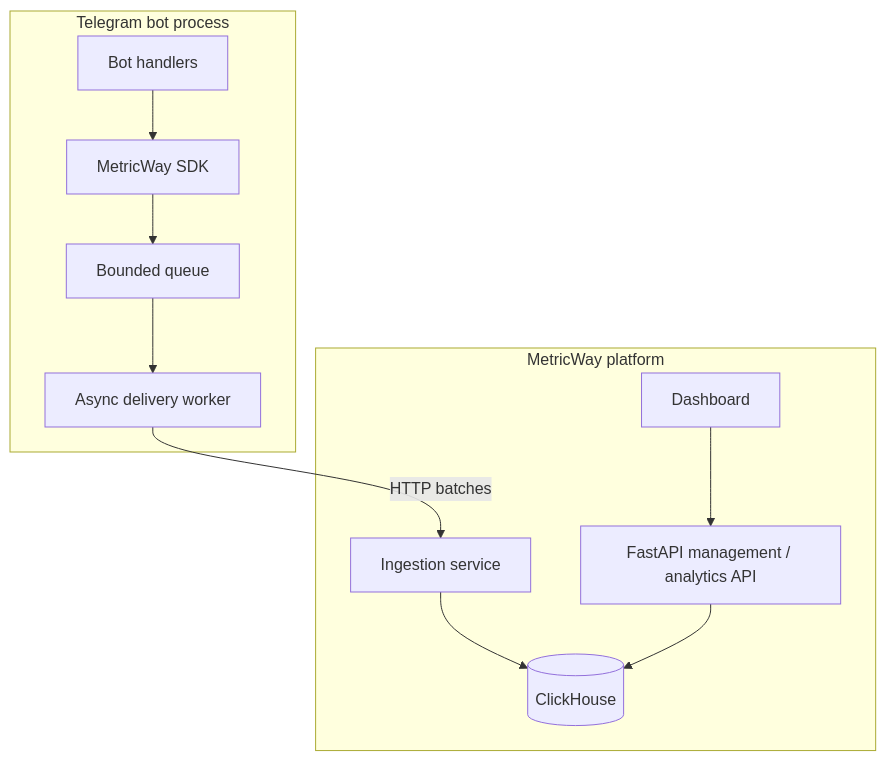
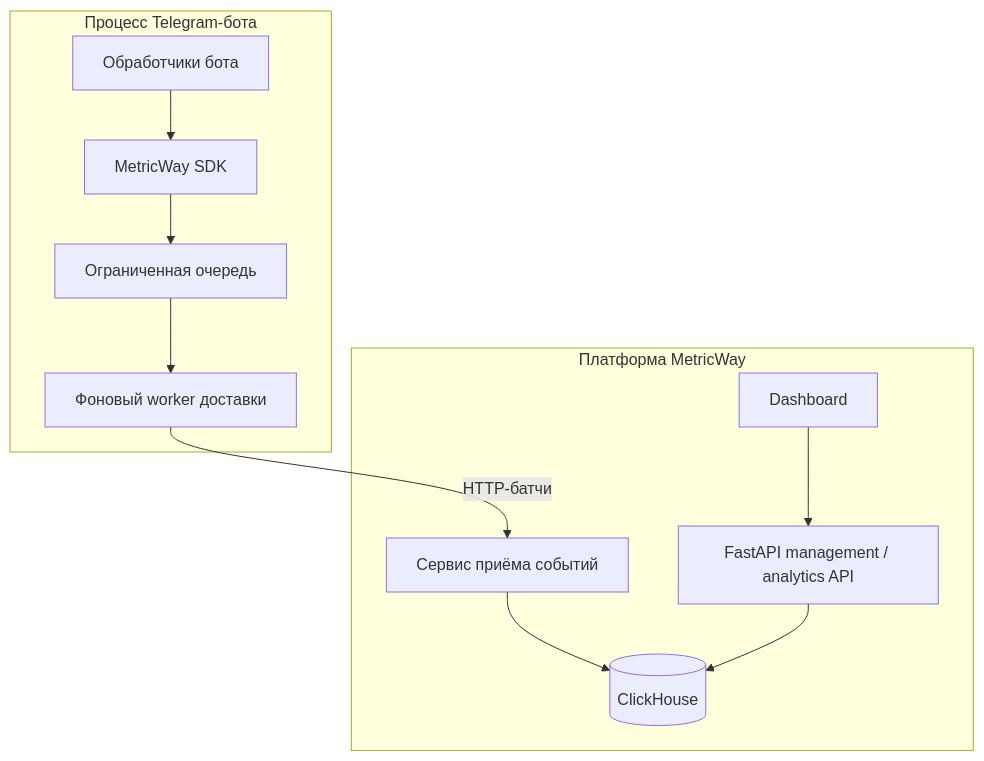
One commit to urlifeceo/metricway-architecture changed the diagram in docs/architecture.md. Above: the diagram before and after it, drawn with Mermaid. The commit also changed other lines of this file, not shown here.

Commit message:
docs: translate architecture notes to Russian

````diff
--- a/docs/architecture.md
+++ b/docs/architecture.md
@@ -10,22 +10,22 @@
 ```mermaid
 flowchart TB
-    subgraph BotProcess[Telegram bot process]
-        H[Bot handlers]
+    subgraph BotProcess[Процесс Telegram-бота]
+        H[Обработчики бота]
         SDK[MetricWay SDK]
-        Q[Bounded queue]
-        W[Async delivery worker]
+        Q[Ограниченная очередь]
+        W[Фоновый worker доставки]
         H --> SDK --> Q --> W
     end
 
-    subgraph Platform[MetricWay platform]
-        ING[Ingestion service]
+    subgraph Platform[Платформа MetricWay]
+        ING[Сервис приёма событий]
         DB[(ClickHouse)]
         API[FastAPI management / analytics API]
         UI[Dashboard]
         ING --> DB
         API --> DB
         UI --> API
     end
 
-    W -->|HTTP batches| ING
+    W -->|HTTP-батчи| ING
 ```
````
